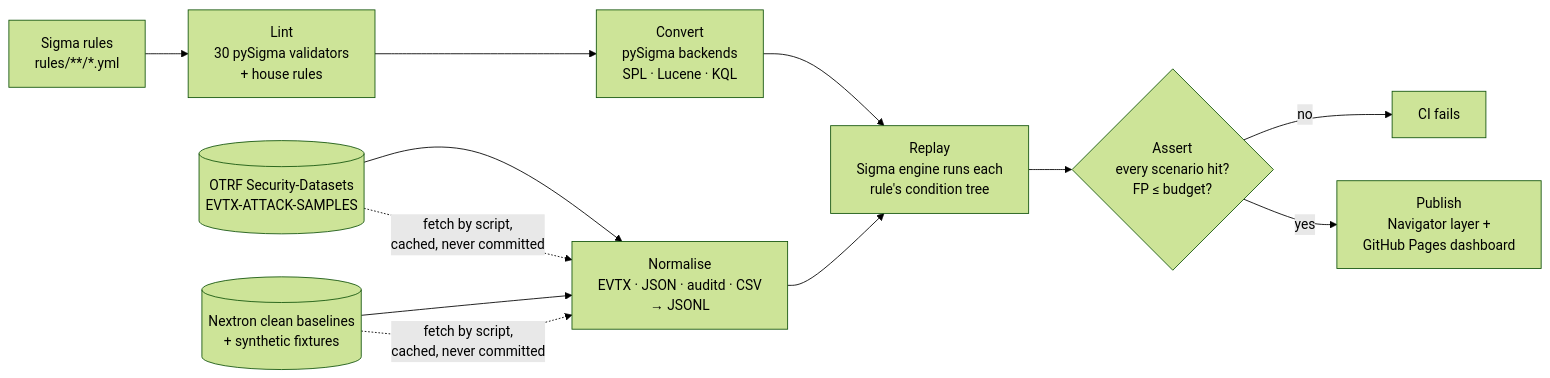
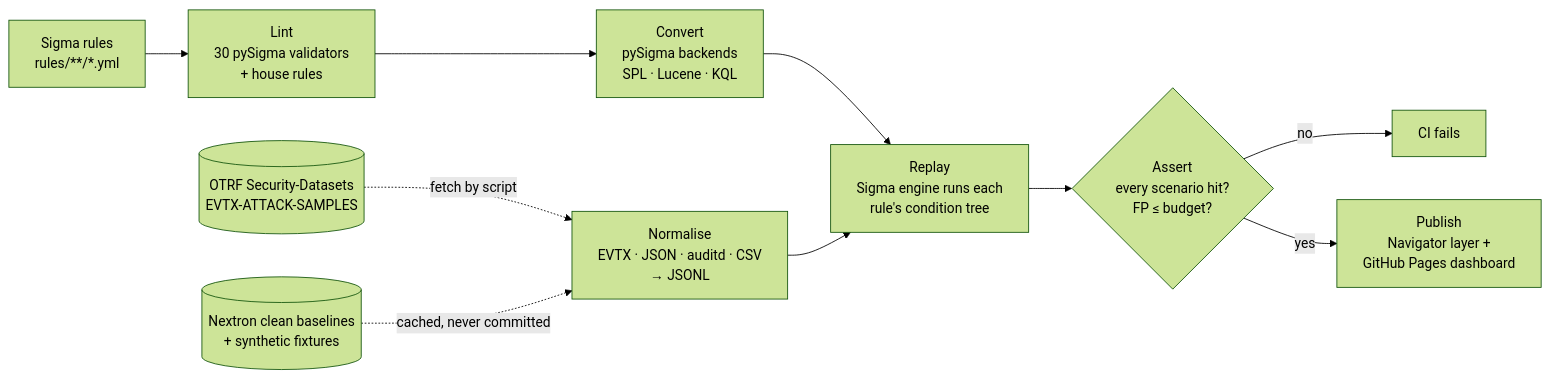
Before and after one commit to alok-kul5/picket: the diagram in README.md, drawn with Mermaid (forest theme). The commit also changed other lines of this file, not shown here.

Commit message:
tidy pipeline diagram

````diff
--- a/README.md
+++ b/README.md
@@ -25,13 +25,12 @@
 ```mermaid
 flowchart LR
     A[Sigma rules<br/>rules/**/*.yml] --> B[Lint<br/>30 pySigma validators<br/>+ house rules]
     B --> C[Convert<br/>pySigma backends<br/>SPL · Lucene · KQL]
-    D[(OTRF Security-Datasets<br/>EVTX-ATTACK-SAMPLES)] --> F
-    E[(Nextron clean baselines<br/>+ synthetic fixtures)] --> F
-    D & E -. fetch by script,<br/>cached, never committed .-> F[Normalise<br/>EVTX · JSON · auditd · CSV<br/>→ JSONL]
+    D[(OTRF Security-Datasets<br/>EVTX-ATTACK-SAMPLES)] -. fetch by script .-> F
+    E[(Nextron clean baselines<br/>+ synthetic fixtures)] -. cached, never committed .-> F[Normalise<br/>EVTX · JSON · auditd · CSV<br/>→ JSONL]
     C --> G
     F --> G[Replay<br/>Sigma engine runs each<br/>rule's condition tree]
     G --> H{Assert<br/>every scenario hit?<br/>FP ≤ budget?}
     H -- no --> X[CI fails]
     H -- yes --> I[Publish<br/>Navigator layer +<br/>GitHub Pages dashboard]
 ```
````
